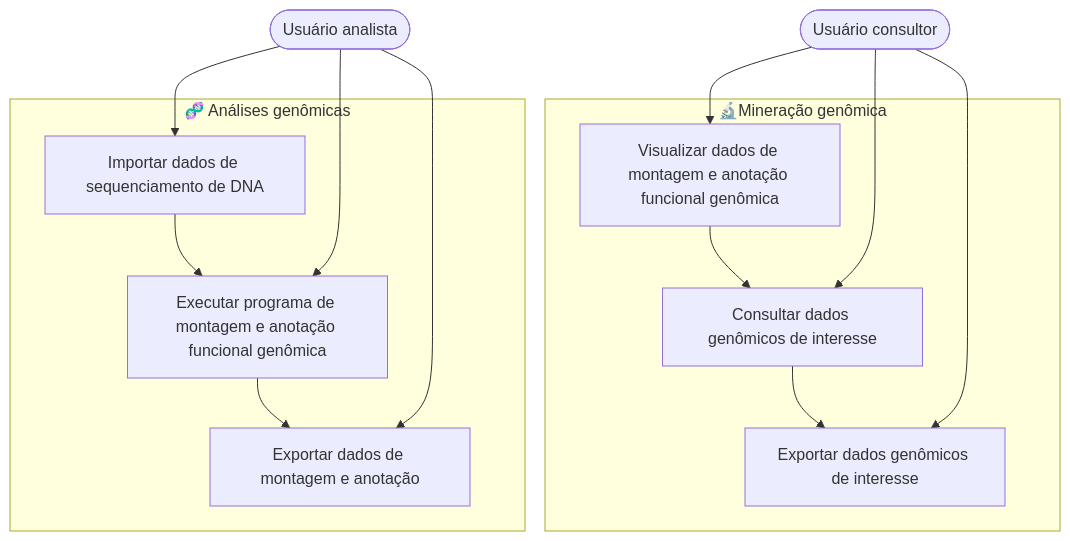
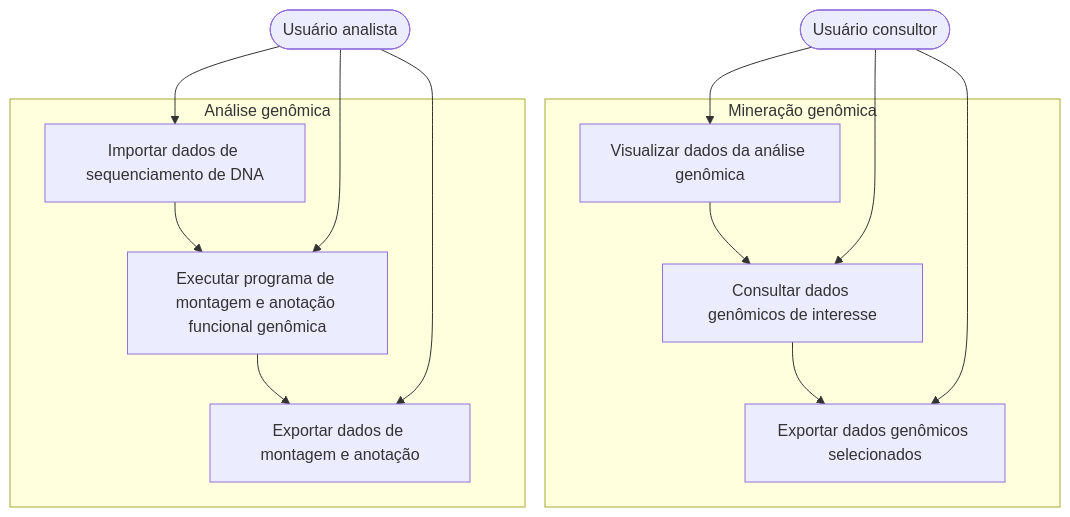
Before and after one commit to bryantavares25/Technologist_system_analyses_development: the diagram in ADS_BACMAP/D_usecase.md, drawn with Mermaid.

````diff
--- a/ADS_BACMAP/D_usecase.md
+++ b/ADS_BACMAP/D_usecase.md
@@ -1,21 +1,21 @@
 ```mermaid
 graph TD
   User1([Usuário analista])
   User2([Usuário consultor])
 
-  subgraph MG[🔬Mineração genômica]
-      A[Visualizar dados de montagem e anotação funcional genômica] --> S[Consultar dados genômicos de interesse] --> F[Exportar dados genômicos de interesse]
+  subgraph MG[Mineração genômica]
+      A[Visualizar dados da análise genômica] --> S[Consultar dados genômicos de interesse] --> F[Exportar dados genômicos selecionados]
   end
 
-  subgraph AG[🧬 Análises genômicas]
+  subgraph AG[Análise genômica]
       Q[Importar dados de sequenciamento de DNA] --> W[Executar programa de montagem e anotação funcional genômica] --> R[Exportar dados de montagem e anotação]
   end
 
   User1 --> Q
   User1 --> W
   User1 --> R
     
   User2 --> A
   User2 --> S
   User2 --> F
 ```
````
